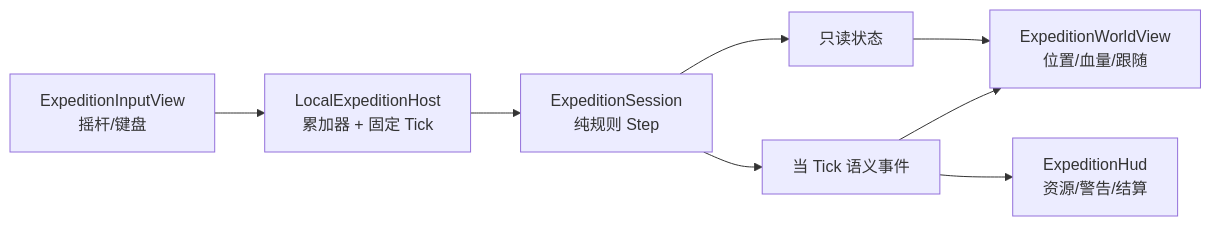
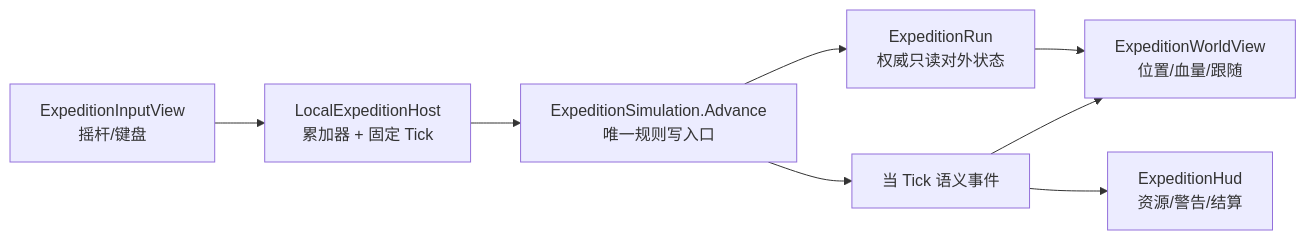
Before and after one commit to ghoul2017/game1: the diagram in docs/技术先行版本计划/T1阶段实施计划.md, drawn with Mermaid. The commit also changed other lines of this file and 57 other files, not shown here.

````diff
--- a/docs/技术先行版本计划/T1阶段实施计划.md
+++ b/docs/技术先行版本计划/T1阶段实施计划.md
@@ -75,10 +77,10 @@
 ```mermaid
 flowchart LR
     Input["ExpeditionInputView\n摇杆/键盘"] --> Host["LocalExpeditionHost\n累加器 + 固定 Tick"]
-    Host --> Core["ExpeditionSession\n纯规则 Step"]
-    Core --> State["只读状态"]
+    Host --> Core["ExpeditionSimulation.Advance\n唯一规则写入口"]
+    Core --> State["ExpeditionRun\n权威只读对外状态"]
     Core --> Events["当 Tick 语义事件"]
     State --> World["ExpeditionWorldView\n位置/血量/跟随"]
     Events --> World
     Events --> Hud["ExpeditionHud\n资源/警告/结算"]
 ```
````
